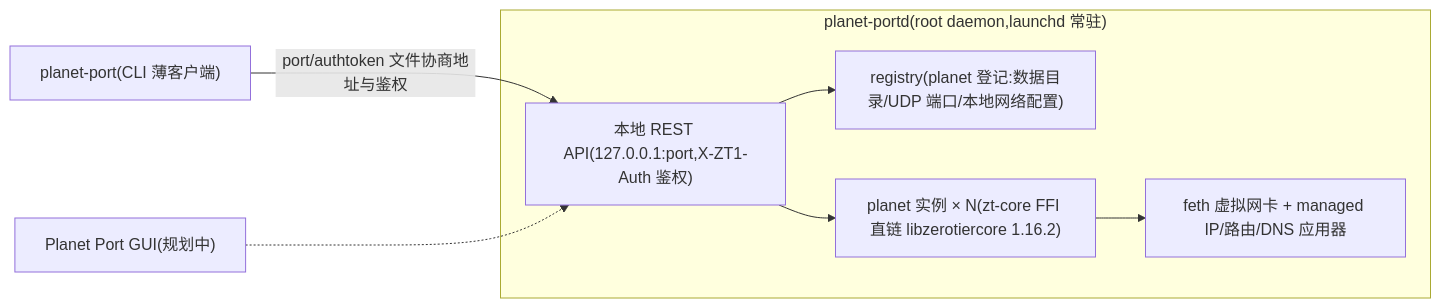
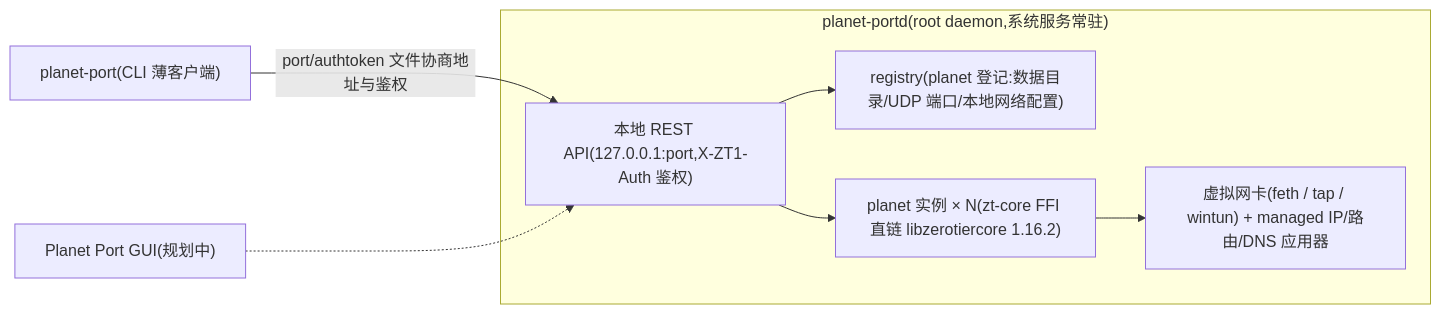
The diagram in README.md (planet-port/planet-port-desktop), drawn with Mermaid before and after one commit. The commit also changed other lines of this file, not shown here.

````diff
--- a/README.md
+++ b/README.md
@@ -94,15 +94,15 @@
 ```mermaid
 flowchart LR
     CLI["planet-port(CLI 薄客户端)"]
     GUI["Planet Port GUI(规划中)"]
-    subgraph DAEMON["planet-portd(root daemon,launchd 常驻)"]
+    subgraph DAEMON["planet-portd(root daemon,系统服务常驻)"]
         API["本地 REST API(127.0.0.1:port,X-ZT1-Auth 鉴权)"]
         REG["registry(planet 登记:数据目录/UDP 端口/本地网络配置)"]
         INST["planet 实例 × N(zt-core FFI 直链 libzerotiercore 1.16.2)"]
-        DEV["feth 虚拟网卡 + managed IP/路由/DNS 应用器"]
+        DEV["虚拟网卡(feth / tap / wintun) + managed IP/路由/DNS 应用器"]
     end
     CLI -- "port/authtoken 文件协商地址与鉴权" --> API
     GUI -.-> API
     API --> REG
     API --> INST --> DEV
 ```
````
